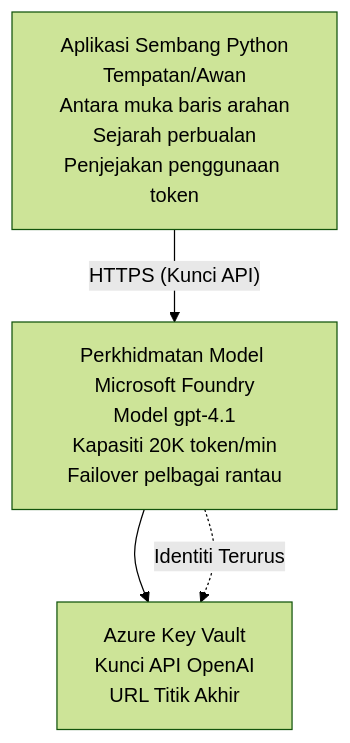
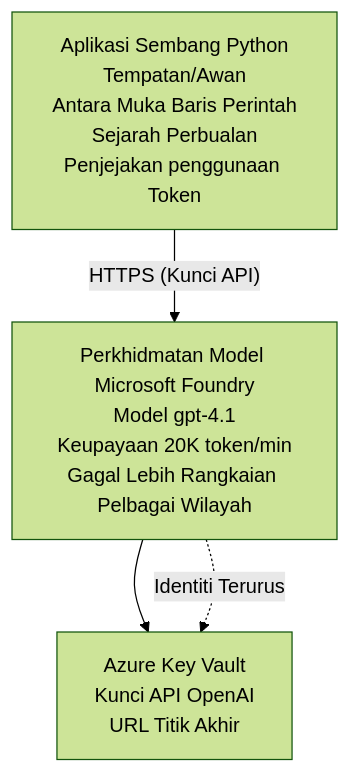
One commit to microsoft/AZD-for-beginners changed the diagram in translations/ms/examples/azure-openai-chat/README.md. Above: the diagram before and after it, drawn with Mermaid (forest theme). The commit also changed other lines of this file and 104 other files, not shown here.

````diff
--- a/translations/ms/examples/azure-openai-chat/README.md
+++ b/translations/ms/examples/azure-openai-chat/README.md
@@ -26,6 +26,6 @@
 ```mermaid
 graph TD
-    App[Aplikasi Sembang Python<br/>Tempatan/Awan<br/>Antara muka baris arahan<br/>Sejarah perbualan<br/>Penjejakan penggunaan token] -- "HTTPS (Kunci API)" --> Foundry[Perkhidmatan Model Microsoft Foundry<br/>Model gpt-4.1<br/>Kapasiti 20K token/min<br/>Failover pelbagai rantau]
+    App[Aplikasi Sembang Python<br/>Tempatan/Awan<br/>Antara Muka Baris Perintah<br/>Sejarah Perbualan<br/>Penjejakan penggunaan Token] -- "HTTPS (Kunci API)" --> Foundry[Perkhidmatan Model Microsoft Foundry<br/>Model gpt-4.1<br/>Keupayaan 20K token/min<br/>Gagal Lebih Rangkaian Pelbagai Wilayah]
     Foundry --> KV[Azure Key Vault<br/>Kunci API OpenAI<br/>URL Titik Akhir]
     Foundry -. Identiti Terurus .-> KV
 ```
````
